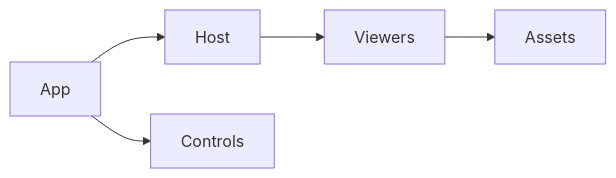
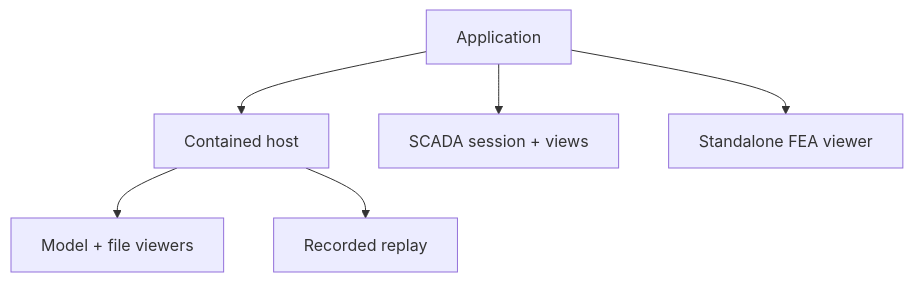
Before and after one commit to Valpatel/cad-agent: the diagram in software/cadagent/webkit/README.md, drawn with Mermaid. The commit also changed other lines of this file and 28 other files, not shown here.

````diff
--- a/software/cadagent/webkit/README.md
+++ b/software/cadagent/webkit/README.md
@@ -7,7 +10,8 @@
 ```mermaid
-flowchart LR
-  App[App] --> Host[Host]
-  Host --> Views[Viewers]
-  Views --> Assets[Assets]
-  App --> UI[Controls]
+flowchart TD
+  App[Application] --> Host[Contained host]
+  Host --> Model[Model + file viewers]
+  Host --> Replay[Recorded replay]
+  App --> Scada[SCADA session + views]
+  App --> FEA[Standalone FEA viewer]
 ```
````
